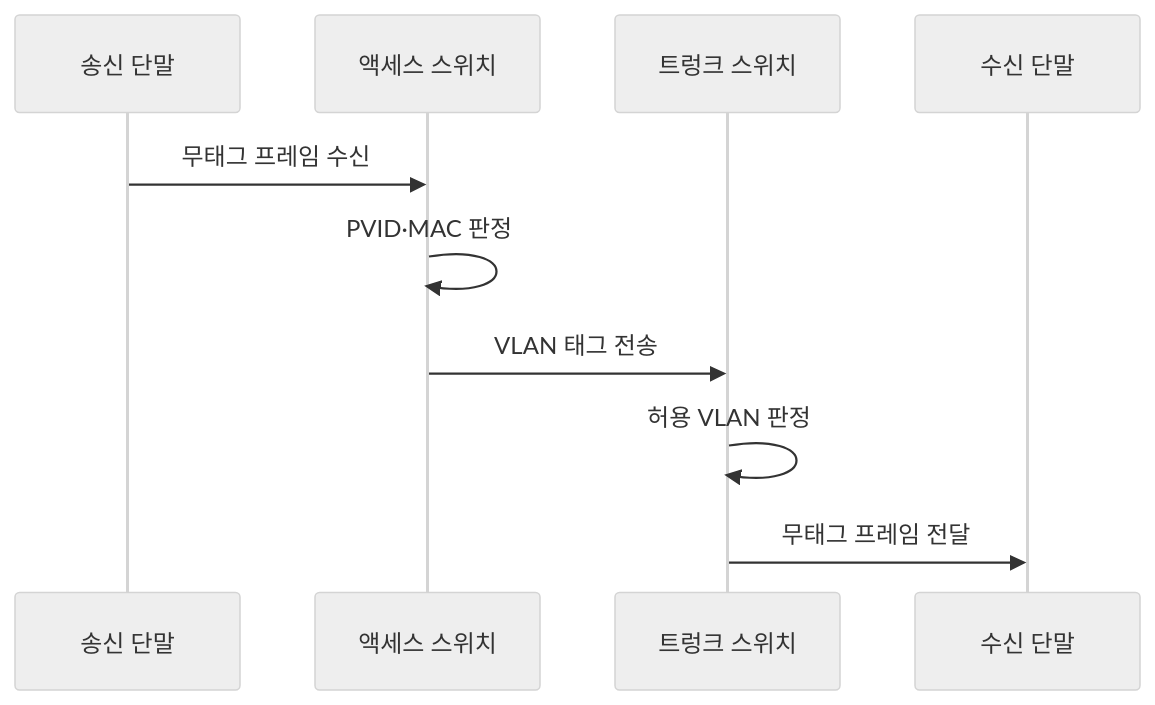
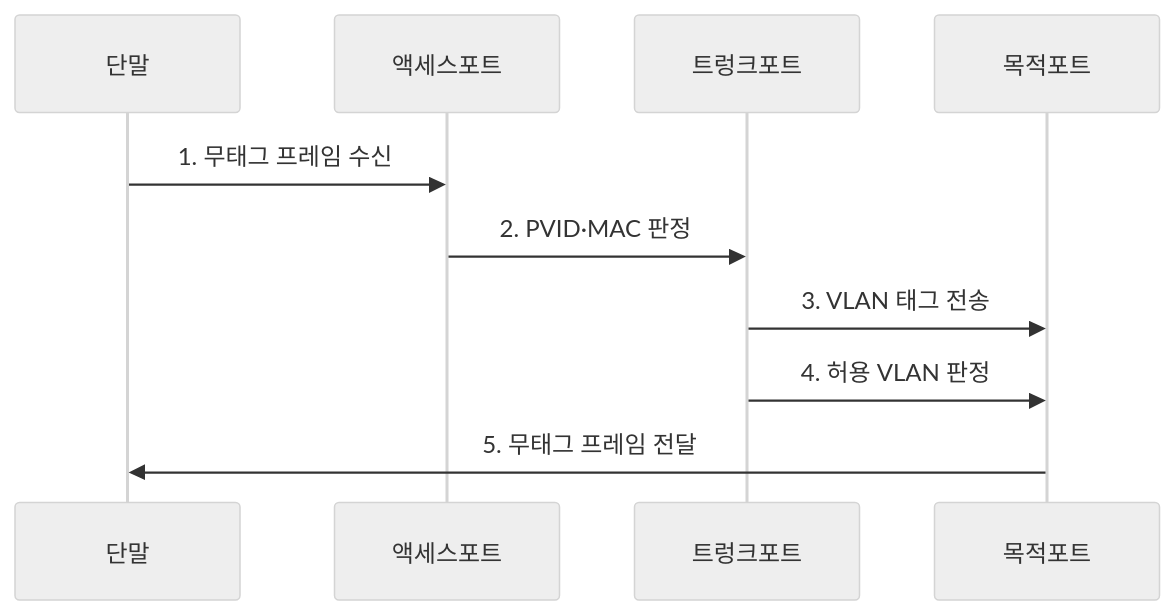
One commit to agnusdei1207/knowledge-base changed the second of 2 diagrams in src/content/docs/notes/04-network/016_vlan_trunk_access_port.md. Above: the diagram before and after it, drawn with Mermaid (neutral theme). The commit also changed other lines of this file and 20 other files, not shown here.

````diff
--- a/src/content/docs/notes/04-network/016_vlan_trunk_access_port.md
+++ b/src/content/docs/notes/04-network/016_vlan_trunk_access_port.md
@@ -80,12 +85,12 @@
 ```mermaid
 sequenceDiagram
-    participant H as 송신 단말
-    participant A as 액세스 스위치
-    participant T as 트렁크 스위치
-    participant D as 수신 단말
-    H->>A: 무태그 프레임 수신
-    A->>A: PVID·MAC 판정
-    A->>T: VLAN 태그 전송
-    T->>T: 허용 VLAN 판정
-    T->>D: 무태그 프레임 전달
+    participant 단말
+    participant 액세스포트
+    participant 트렁크포트
+    participant 목적포트
+    단말->>액세스포트: 1. 무태그 프레임 수신
+    액세스포트->>트렁크포트: 2. PVID·MAC 판정
+    트렁크포트->>목적포트: 3. VLAN 태그 전송
+    트렁크포트->>목적포트: 4. 허용 VLAN 판정
+    목적포트->>단말: 5. 무태그 프레임 전달
 ```
````
